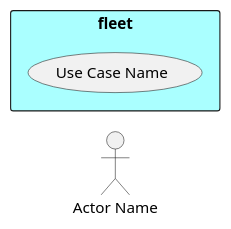
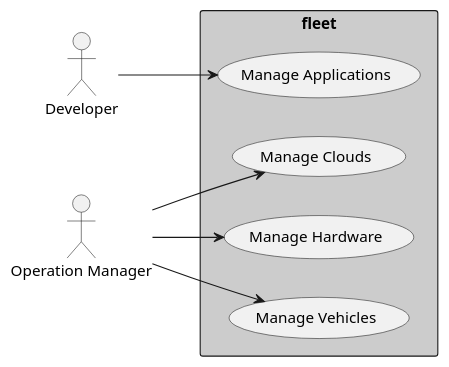
Before and after one commit to madajaju/fleet: the diagram in docs/UseCases/UseCases.puml, drawn with PlantUML. The commit also changed 5 other files, not shown here.

```diff
--- a/docs/UseCases/UseCases.puml
+++ b/docs/UseCases/UseCases.puml
@@ -1,14 +1,20 @@
 @startuml
 
 left to right direction
 
-:Actor Name: as A1
+:Developer: as Dev
+:Operation Manager: as Ops
 
-rectangle "fleet"  #aaffff {
-:Actor Name: as A1
-
-(Use Case Name) as UCN
+rectangle "fleet"  #cccccc {
+    (Manage Applications) as MA
+    (Manage Clouds) as MC
+    (Manage Hardware) as MH
+    (Manage Vehicles) as MV
 }
 
+Dev --> MA
+Ops --> MC
+Ops --> MH
+Ops --> MV
 
 @enduml
```
